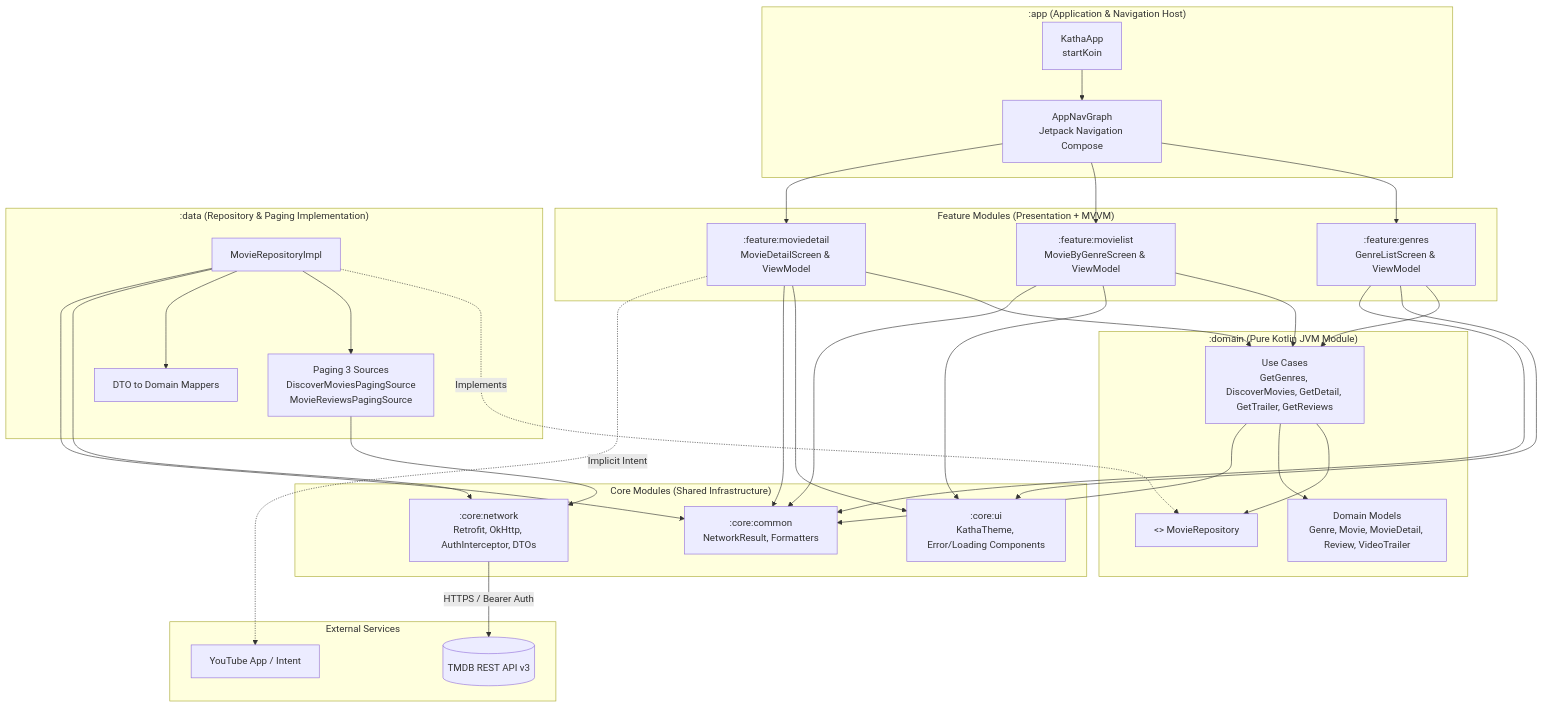
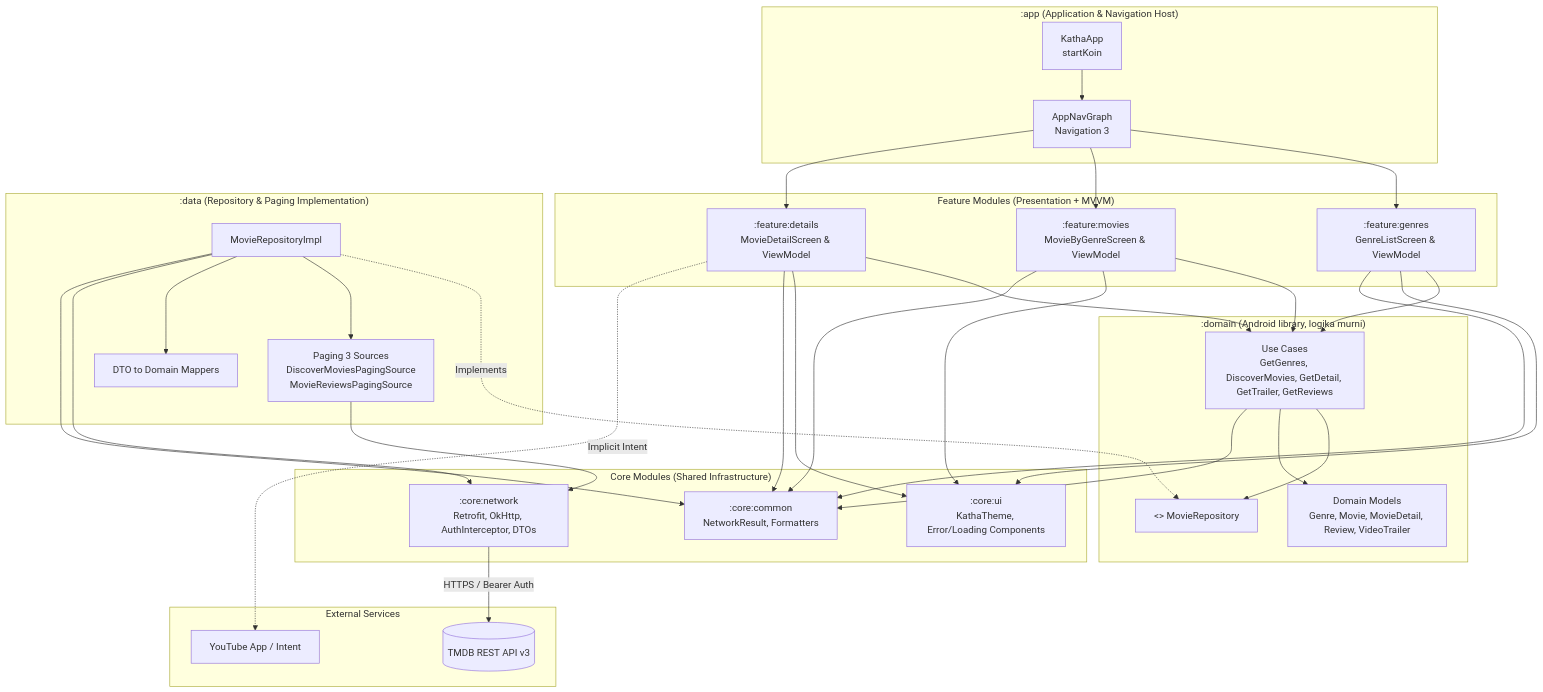
Before and after one commit to halimjr11/katha: the first of 4 diagrams in docs/architecture_engineering_decisions.md, drawn with Mermaid. The commit also changed other lines of this file and 4 other files, not shown here.

Commit message:
refactor: convert core:common to Android library and update architecture docs

````diff
--- a/docs/architecture_engineering_decisions.md
+++ b/docs/architecture_engineering_decisions.md
@@ -32,66 +32,66 @@
 ```mermaid
 graph TD
     subgraph AppShell [":app (Application & Navigation Host)"]
         APP[KathaApp<br/>startKoin]
-        NAV[AppNavGraph<br/>Jetpack Navigation Compose]
+        NAV[AppNavGraph<br/>Navigation 3]
     end
 
     subgraph FeatureLayer ["Feature Modules (Presentation + MVVM)"]
         F_GENRE[":feature:genres"<br/>GenreListScreen & ViewModel]
-        F_LIST[":feature:movielist"<br/>MovieByGenreScreen & ViewModel]
-        F_DETAIL[":feature:moviedetail"<br/>MovieDetailScreen & ViewModel]
+        F_LIST[":feature:movies"<br/>MovieByGenreScreen & ViewModel]
+        F_DETAIL[":feature:details"<br/>MovieDetailScreen & ViewModel]
     end
 
-    subgraph DomainLayer [":domain (Pure Kotlin JVM Module)"]
+    subgraph DomainLayer [":domain (Android library, logika murni)"]
         UC[Use Cases<br/>GetGenres, DiscoverMovies, GetDetail, GetTrailer, GetReviews]
         REPO_INT["<<interface>> MovieRepository"]
         MODELS[Domain Models<br/>Genre, Movie, MovieDetail, Review, VideoTrailer]
         UC --> REPO_INT
         UC --> MODELS
     end
 
     subgraph DataLayer [":data (Repository & Paging Implementation)"]
         REPO_IMPL[MovieRepositoryImpl]
         PAGING[Paging 3 Sources<br/>DiscoverMoviesPagingSource<br/>MovieReviewsPagingSource]
         MAPPER[DTO to Domain Mappers]
         REPO_IMPL -.->|Implements| REPO_INT
         REPO_IMPL --> PAGING
         REPO_IMPL --> MAPPER
     end
 
     subgraph CoreLayer ["Core Modules (Shared Infrastructure)"]
         C_NET[":core:network"<br/>Retrofit, OkHttp, AuthInterceptor, DTOs]
         C_UI[":core:ui"<br/>KathaTheme, Error/Loading Components]
         C_COM[":core:common"<br/>NetworkResult, Formatters]
     end
 
     subgraph External ["External Services"]
         TMDB[(TMDB REST API v3)]
         YT[YouTube App / Intent]
     end
 
     APP --> NAV
     NAV --> F_GENRE
     NAV --> F_LIST
     NAV --> F_DETAIL
 
     F_GENRE --> UC
     F_LIST --> UC
     F_DETAIL --> UC
 
     F_GENRE --> C_UI
     F_LIST --> C_UI
     F_DETAIL --> C_UI
 
     F_GENRE --> C_COM
     F_LIST --> C_COM
     F_DETAIL --> C_COM
 
     REPO_IMPL --> C_NET
     PAGING --> C_NET
     REPO_IMPL --> C_COM
     UC --> C_COM
 
     C_NET -->|HTTPS / Bearer Auth| TMDB
     F_DETAIL -.->|Implicit Intent| YT
 ```
````
